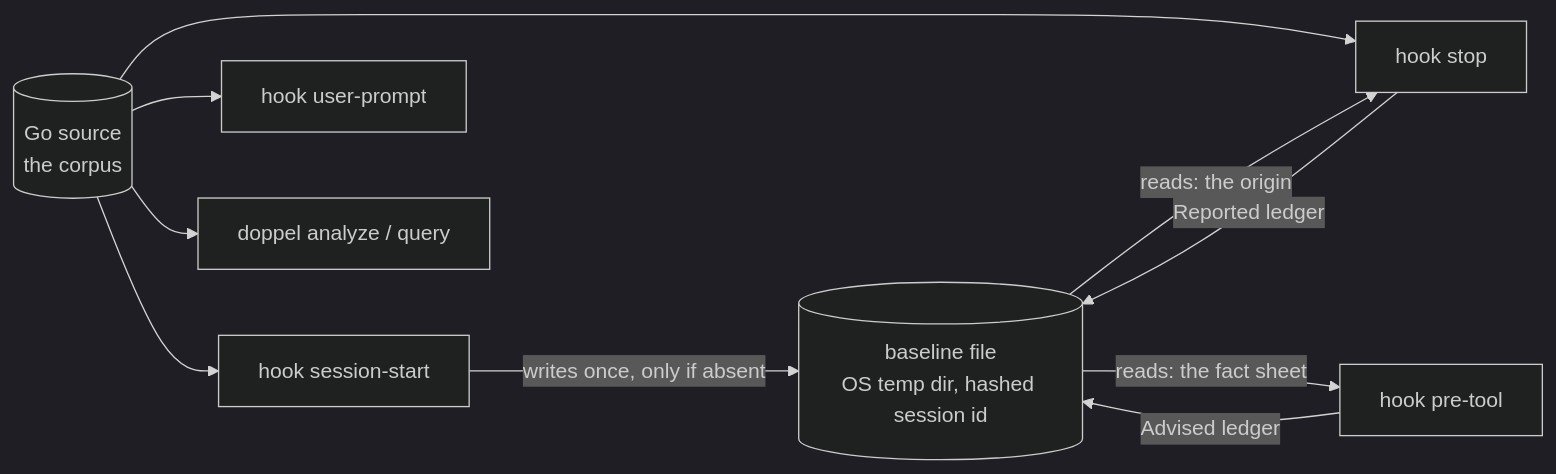
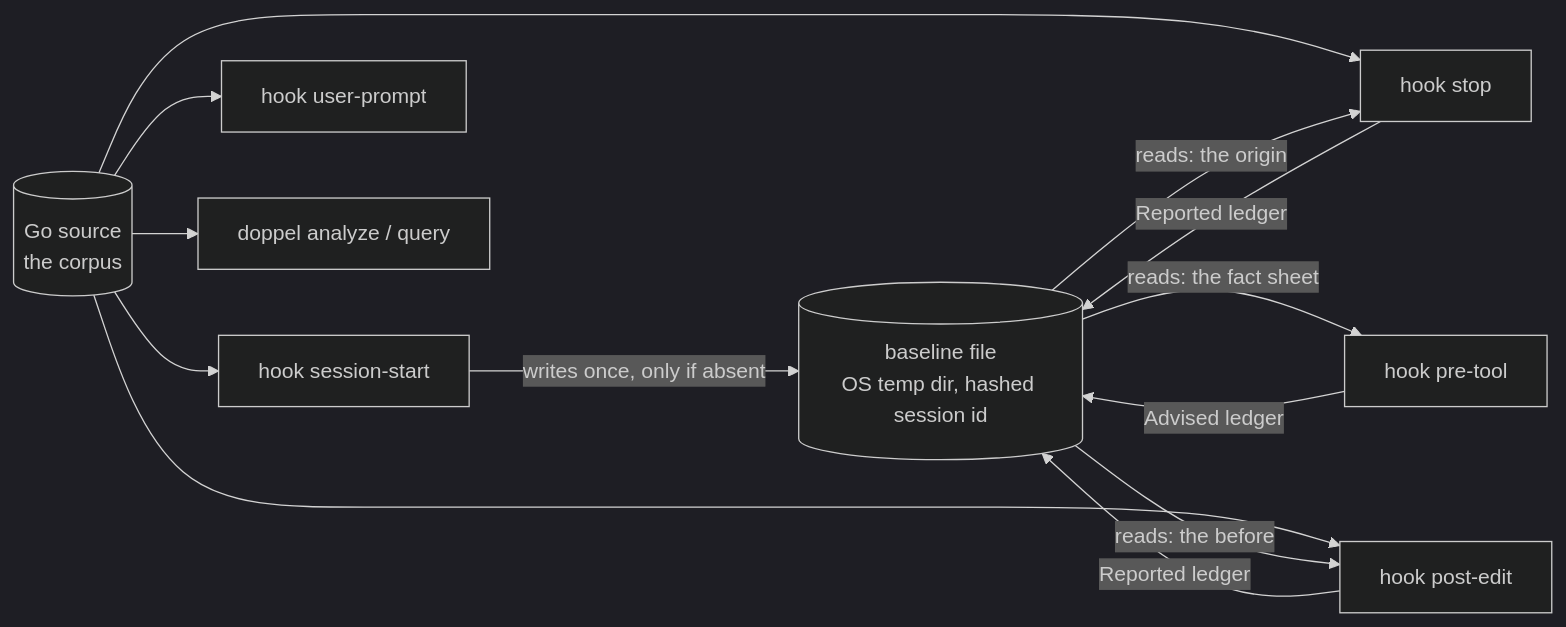
One commit to LukasSelin/doppel changed the third of 3 diagrams in .github/wiki/hooks.md. Above: the diagram before and after it, drawn with Mermaid (dark theme). The commit also changed other lines of this file and 17 other files, not shown here.

First line of the commit message:
hook: post-edit, probe the functions an edit wrote against the corpus

````diff
--- a/.github/wiki/hooks.md
+++ b/.github/wiki/hooks.md
@@ -100,22 +105,26 @@
 ```mermaid
 flowchart LR
     SRC[("Go source<br/>the corpus")]
     BASE[("baseline file<br/>OS temp dir, hashed session id")]
 
     SS["hook session-start"]
     UP["hook user-prompt"]
     PT["hook pre-tool"]
+    PE["hook post-edit"]
     ST["hook stop"]
     AN["doppel analyze / query"]
 
     SRC --> SS
     SRC --> UP
     SRC --> ST
+    SRC --> PE
     SRC --> AN
 
     SS -- "writes once, only if absent" --> BASE
     BASE -- "reads: the origin" --> ST
     ST -- "Reported ledger" --> BASE
     BASE -- "reads: the fact sheet" --> PT
     PT -- "Advised ledger" --> BASE
+    BASE -- "reads: the before" --> PE
+    PE -- "Reported ledger" --> BASE
 ```
````
